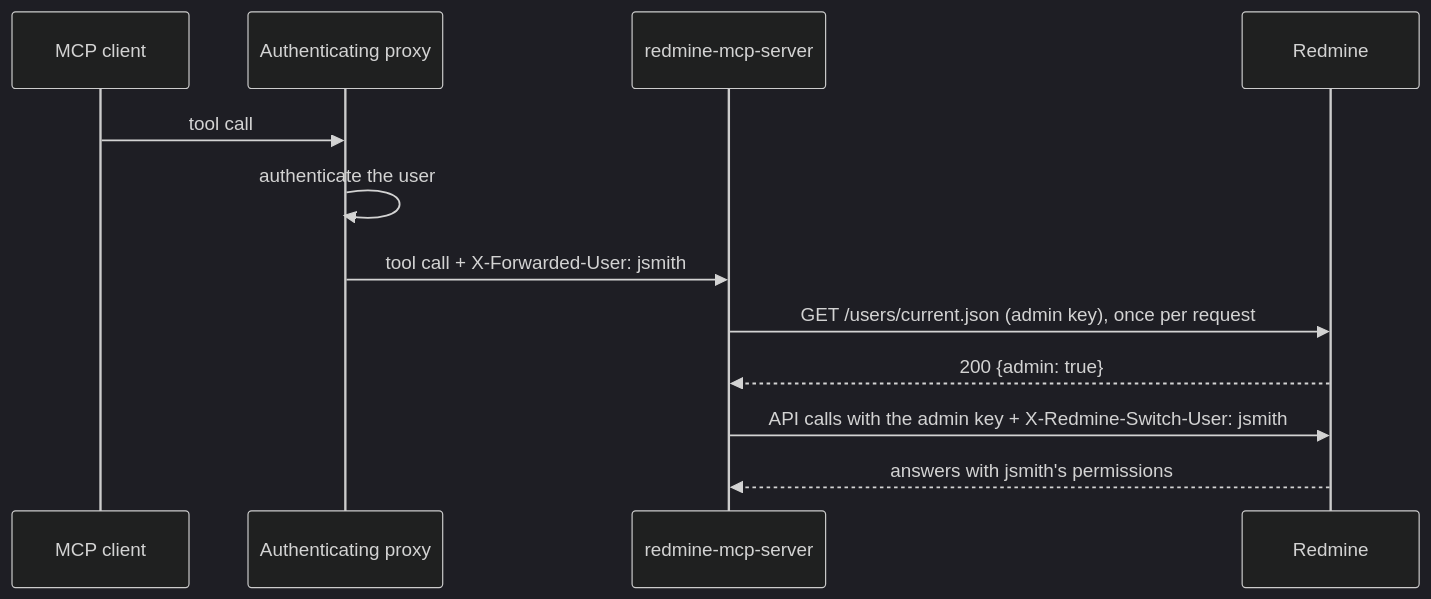
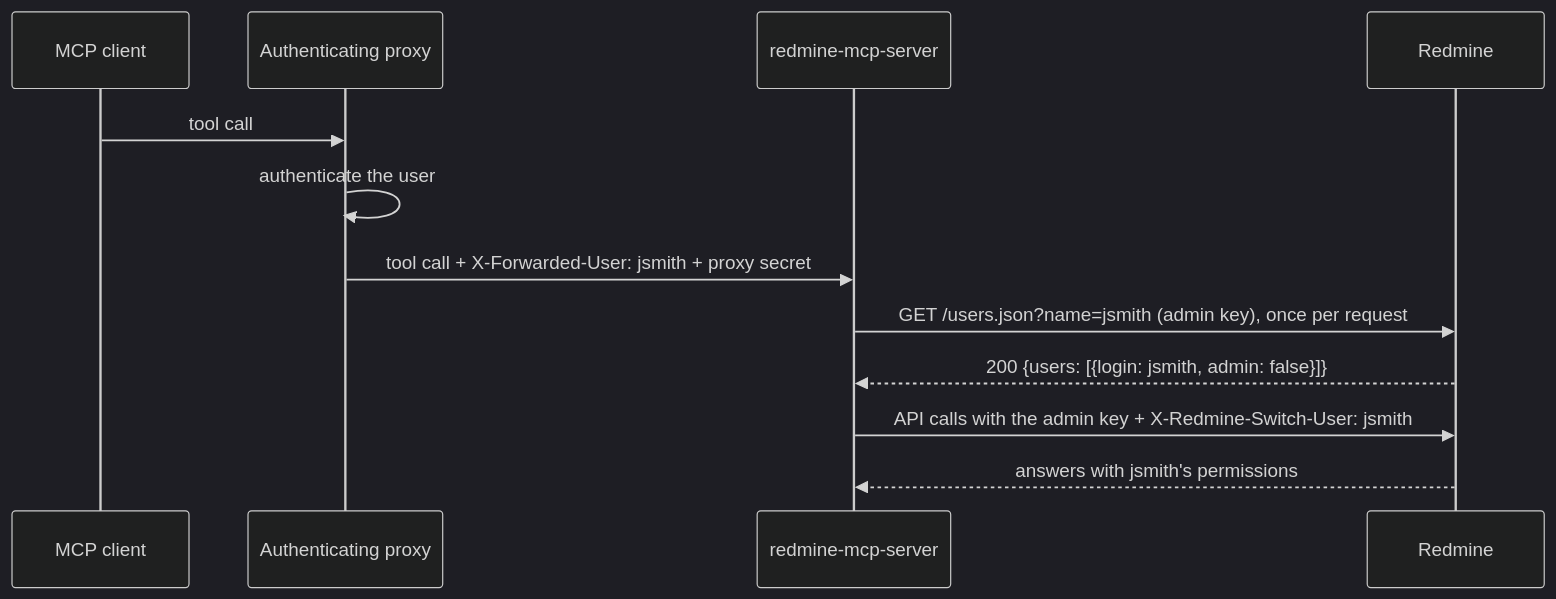
Before and after one commit to jztan/redmine-mcp-server: the diagram in docs/trusted-header-auth.md, drawn with Mermaid (dark theme). The commit also changed other lines of this file and 7 other files, not shown here.

````diff
--- a/docs/trusted-header-auth.md
+++ b/docs/trusted-header-auth.md
@@ -15,15 +15,15 @@
 ```mermaid
 sequenceDiagram
     participant C as MCP client
     participant P as Authenticating proxy
     participant S as redmine-mcp-server
     participant R as Redmine
 
     C->>P: tool call
     P->>P: authenticate the user
-    P->>S: tool call + X-Forwarded-User: jsmith
-    S->>R: GET /users/current.json (admin key), once per request
-    R-->>S: 200 {admin: true}
+    P->>S: tool call + X-Forwarded-User: jsmith + proxy secret
+    S->>R: GET /users.json?name=jsmith (admin key), once per request
+    R-->>S: 200 {users: [{login: jsmith, admin: false}]}
     S->>R: API calls with the admin key + X-Redmine-Switch-User: jsmith
     R-->>S: answers with jsmith's permissions
 ```
````
